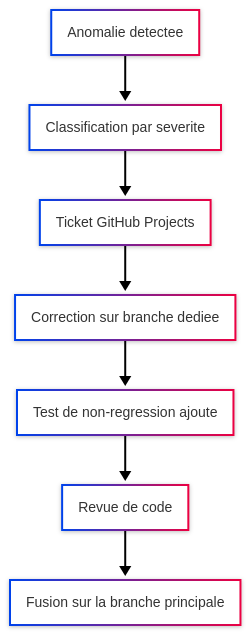
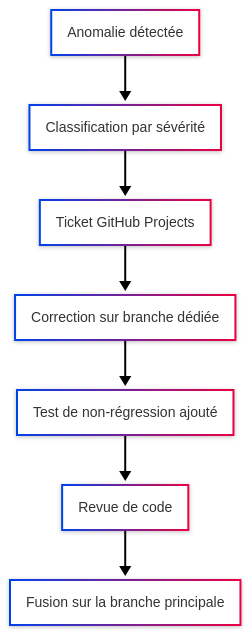
The eighth of 9 diagrams in docs/rendus/UrbanFlow_Mobility_Dossier.md (KerdanetYvan/urbanflow-mobility), drawn with Mermaid before and after one commit. The commit also changed other lines of this file, not shown here.

First line of the commit message:
docs(dossier): accents dans les libelles de diagrammes (6.3, 7.3, 9.2) (#42)

````diff
--- a/docs/rendus/UrbanFlow_Mobility_Dossier.md
+++ b/docs/rendus/UrbanFlow_Mobility_Dossier.md
@@ -930,14 +930,14 @@
 ```mermaid
 ---
 config:
   look: neo
   theme: neo
 ---
 flowchart TB
-    A[Anomalie detectee] --> B[Classification par severite]
+    A[Anomalie détectée] --> B[Classification par sévérité]
     B --> C[Ticket GitHub Projects]
-    C --> D[Correction sur branche dediee]
-    D --> E[Test de non-regression ajoute]
+    C --> D[Correction sur branche dédiée]
+    D --> E[Test de non-régression ajouté]
     E --> F[Revue de code]
     F --> G[Fusion sur la branche principale]
 ```
````
